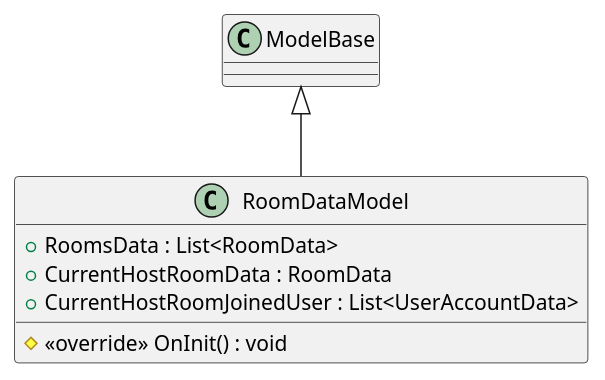
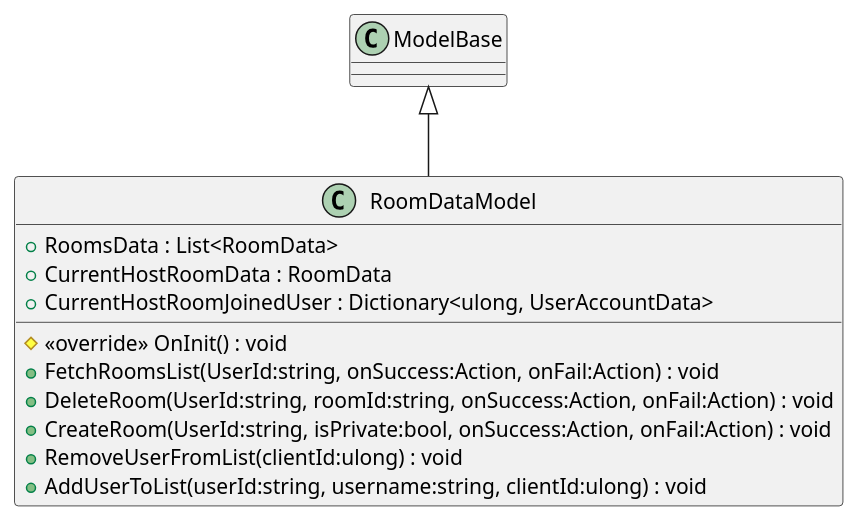
The diagram in src/Assets/Scripts/Core/OnlineRuntimeModule/RoomManagementModule/puml/Model/RoomDataModel.puml (cutehusky/VirtualChat3D), drawn with PlantUML before and after one commit. The commit also changed 71 other files, not shown here.

First line of the commit message:
Update class diagram generation

```diff
--- a/src/Assets/Scripts/Core/OnlineRuntimeModule/RoomManagementModule/puml/Model/RoomDataModel.puml
+++ b/src/Assets/Scripts/Core/OnlineRuntimeModule/RoomManagementModule/puml/Model/RoomDataModel.puml
@@ -1,9 +1,14 @@
 @startuml
 class RoomDataModel {
     + RoomsData : List<RoomData>
     + CurrentHostRoomData : RoomData
-    + CurrentHostRoomJoinedUser : List<UserAccountData>
+    + CurrentHostRoomJoinedUser : Dictionary<ulong, UserAccountData>
     # <<override>> OnInit() : void
+    + FetchRoomsList(UserId:string, onSuccess:Action, onFail:Action) : void
+    + DeleteRoom(UserId:string, roomId:string, onSuccess:Action, onFail:Action) : void
+    + CreateRoom(UserId:string, isPrivate:bool, onSuccess:Action, onFail:Action) : void
+    + RemoveUserFromList(clientId:ulong) : void
+    + AddUserToList(userId:string, username:string, clientId:ulong) : void
 }
 ModelBase <|-- RoomDataModel
 @enduml
```
